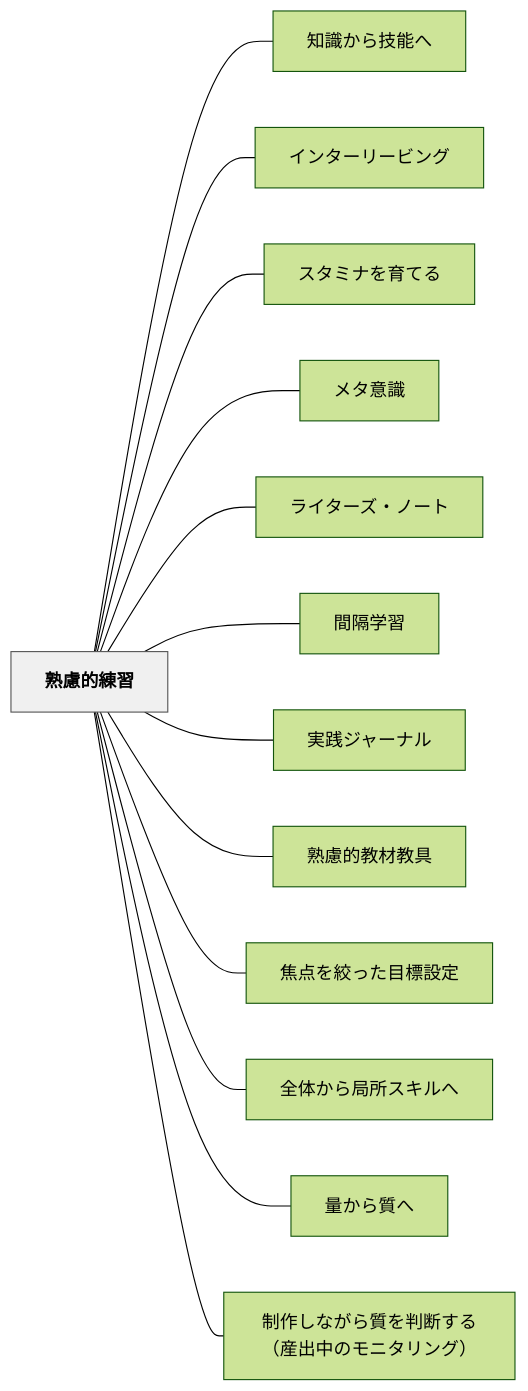
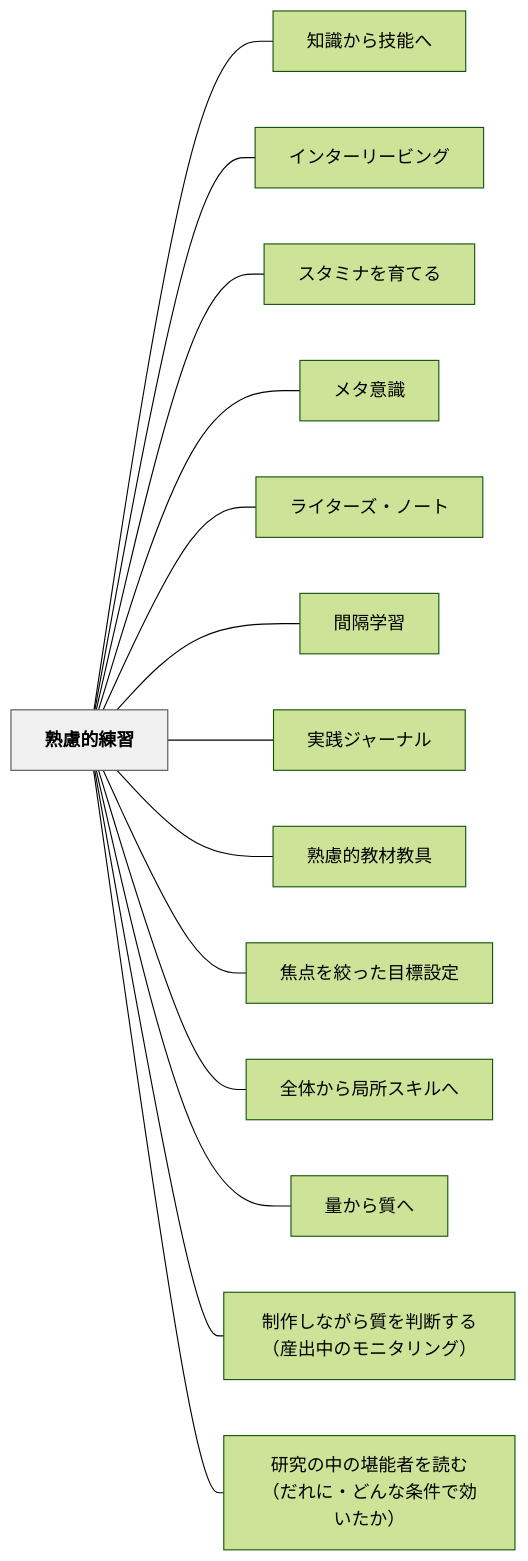
One commit to unknownthings-ed-patterns/unknownthings-ed-patterns changed the diagram in content/パタン/熟慮的練習.md. Above: the diagram before and after it, drawn with Mermaid (forest theme). The commit also changed other lines of this file and 67 other files, not shown here.

````diff
--- a/content/パタン/熟慮的練習.md
+++ b/content/パタン/熟慮的練習.md
@@ -103,32 +117,34 @@
 ```mermaid
 flowchart LR
     ne7869fe685aee79a84e7b7b4e7bf92["熟慮的練習"]
     ne79fa5e8ad98e3818be38289e68a80e883bde381b8["知識から技能へ"]
     ne382a4e383b3e382bfe383bce383aae383bce38393e383b3e382b0["インターリービング"]
     ne382b9e382bfe3839fe3838ae38292e882b2e381a6e3828b["スタミナを育てる"]
     ne383a1e382bfe6848fe8ad98["メタ意識"]
     ne383a9e382a4e382bfe383bce382bae383bbe3838ee383bce38388["ライターズ・ノート"]
     ne99693e99a94e5ada6e7bf92["間隔学習"]
     ne5ae9fe8b7b5e382b8e383a3e383bce3838ae383ab["実践ジャーナル"]
     ne7869fe685aee79a84e69599e69d90e69599e585b7["熟慮的教材教具"]
     ne784a6e782b9e38292e7b59ee381a3e3819fe79baee6a899e8a8ade5ae9a["焦点を絞った目標設定"]
     ne585a8e4bd93e3818be38289e5b180e68980e382b9e382ade383abe381b8["全体から局所スキルへ"]
     ne9878fe3818be38289e8b3aae381b8["量から質へ"]
     ne588b6e4bd9ce38197e381aae3818ce38289e8b3aae38292e588a4e696ade38199e3828befbc88e794a3e587bae4b8ade381aee383a2e3838be382bfe383aae383b3e382b0efbc89["制作しながら質を判断する（産出中のモニタリング）"]
+    ne7a094e7a9b6e381aee4b8ade381aee5a0aae883bde88085e38292e8aaade38280efbc88e381a0e3828ce381abe383bbe381a9e38293e381aae69da1e4bbb6e381a7e58ab9e38184e3819fe3818befbc89["研究の中の堪能者を読む（だれに・どんな条件で効いたか）"]
 
     ne7869fe685aee79a84e7b7b4e7bf92 --- ne79fa5e8ad98e3818be38289e68a80e883bde381b8
     ne7869fe685aee79a84e7b7b4e7bf92 --- ne382a4e383b3e382bfe383bce383aae383bce38393e383b3e382b0
     ne7869fe685aee79a84e7b7b4e7bf92 --- ne382b9e382bfe3839fe3838ae38292e882b2e381a6e3828b
     ne7869fe685aee79a84e7b7b4e7bf92 --- ne383a1e382bfe6848fe8ad98
     ne7869fe685aee79a84e7b7b4e7bf92 --- ne383a9e382a4e382bfe383bce382bae383bbe3838ee383bce38388
     ne7869fe685aee79a84e7b7b4e7bf92 --- ne99693e99a94e5ada6e7bf92
     ne7869fe685aee79a84e7b7b4e7bf92 --- ne5ae9fe8b7b5e382b8e383a3e383bce3838ae383ab
     ne7869fe685aee79a84e7b7b4e7bf92 --- ne7869fe685aee79a84e69599e69d90e69599e585b7
     ne7869fe685aee79a84e7b7b4e7bf92 --- ne784a6e782b9e38292e7b59ee381a3e3819fe79baee6a899e8a8ade5ae9a
     ne7869fe685aee79a84e7b7b4e7bf92 --- ne585a8e4bd93e3818be38289e5b180e68980e382b9e382ade383abe381b8
     ne7869fe685aee79a84e7b7b4e7bf92 --- ne9878fe3818be38289e8b3aae381b8
     ne7869fe685aee79a84e7b7b4e7bf92 --- ne588b6e4bd9ce38197e381aae3818ce38289e8b3aae38292e588a4e696ade38199e3828befbc88e794a3e587bae4b8ade381aee383a2e3838be382bfe383aae383b3e382b0efbc89
+    ne7869fe685aee79a84e7b7b4e7bf92 --- ne7a094e7a9b6e381aee4b8ade381aee5a0aae883bde88085e38292e8aaade38280efbc88e381a0e3828ce381abe383bbe381a9e38293e381aae69da1e4bbb6e381a7e58ab9e38184e3819fe3818befbc89
 
     classDef hub fill:#f0f0f0,stroke:#555,color:#000,font-weight:bold
     class ne7869fe685aee79a84e7b7b4e7bf92 hub
 ```
````
